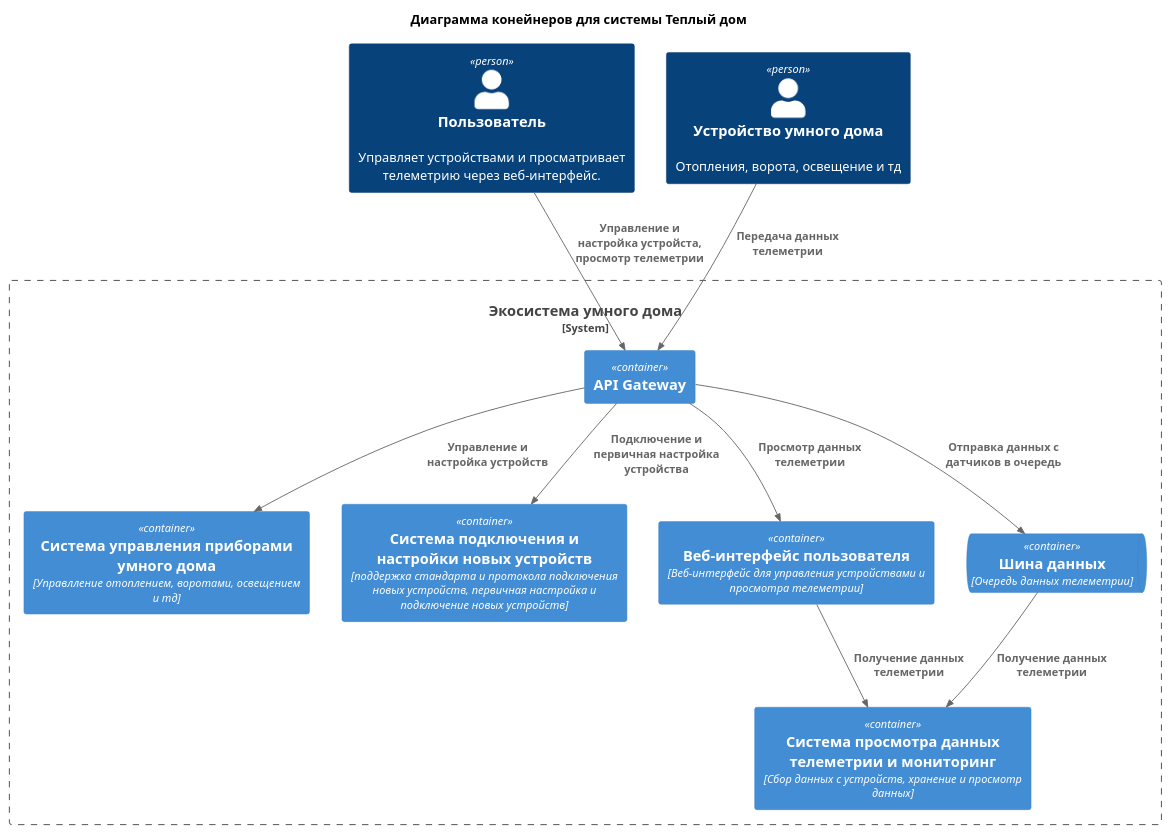
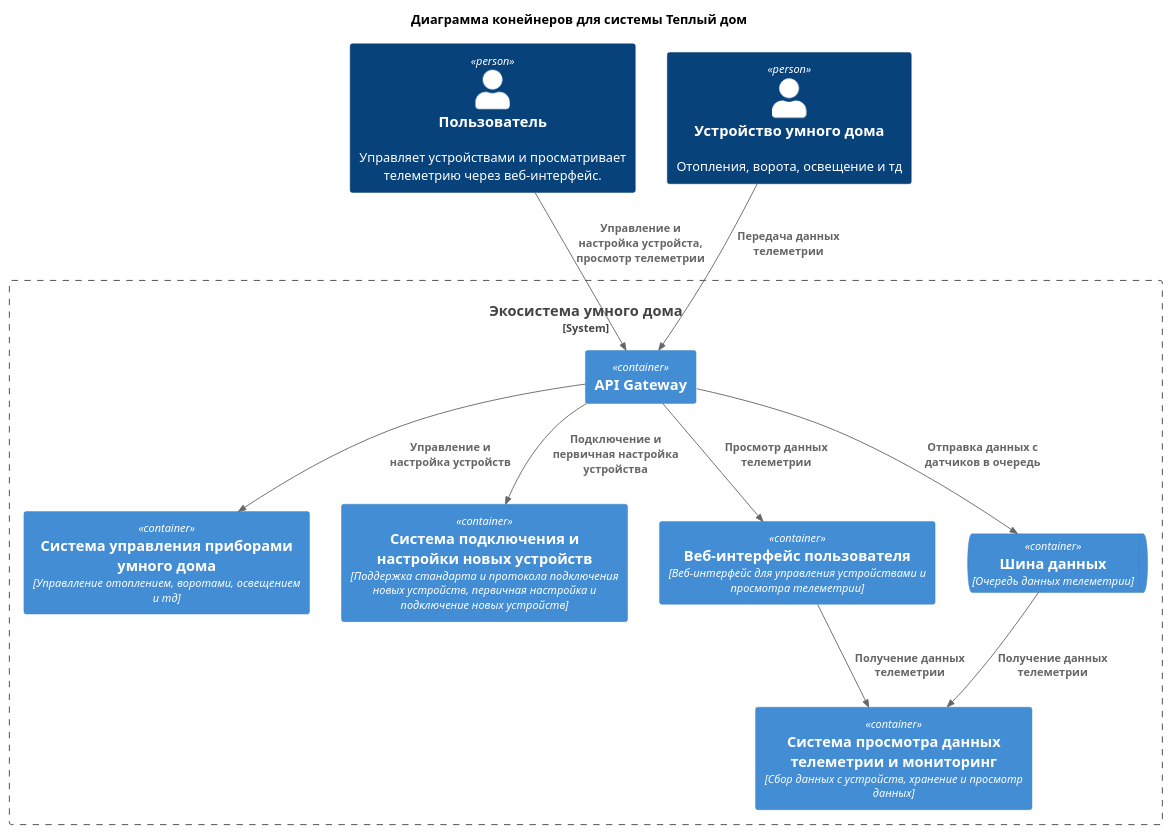
The diagram in diagrams/ms-container.puml (sadam-agashirinov/architecture-sprint-3), drawn with PlantUML before and after one commit. The commit also changed 3 other files, not shown here.

Commit message:
feat: Задание 2. Проектирование микросервисной архитектуры: диаграмма компонента Система подключения и настройки новых устройств

```diff
--- a/diagrams/ms-container.puml
+++ b/diagrams/ms-container.puml
@@ -1,30 +1,30 @@
 @startuml ms-container
 !include https://raw.githubusercontent.com/plantuml-stdlib/C4-PlantUML/master/C4_Container.puml
 
 skinparam wrapWidth 300
 
 
 title Диаграмма конейнеров для системы Теплый дом
 
 Person(user, "Пользователь", "Управляет устройствами и просматривает телеметрию через веб-интерфейс.")
 Person(device, "Устройство умного дома", "Отопления, ворота, освещение и тд")
 
 System_Boundary(ecosystem, "Экосистема умного дома") {
     Container(device_management, "Система управления приборами умного дома", "Управлление отоплением, воротами, освещением и тд")
     Container(monitoring_telemetry, "Система просмотра данных телеметрии и мониторинг", "Сбор данных с устройств, хранение и просмотр данных")
-    Container(parner_integration, "Система подключения и настройки новых устройств", "поддержка стандарта и протокола подключения новых устройств, первичная настройка и подключение новых устройств")
+    Container(parner_integration, "Система подключения и настройки новых устройств", "Поддержка стандарта и протокола подключения новых устройств, первичная настройка и подключение новых устройств")
     Container(user_interface, "Веб-интерфейс пользователя", "Веб-интерфейс для управления устройствами и просмотра телеметрии")
     Container(api_gateway, "API Gateway")
     ContainerQueue(kafka, "Шина данных", "Очередь данных телеметрии")
 }
 
 Rel(user, api_gateway, "Управление и настройка устройста, просмотр телеметрии")
 Rel(device, api_gateway, "Передача данных телеметрии")
 Rel(api_gateway, kafka, "Отправка данных с датчиков в очередь")
 Rel(kafka, monitoring_telemetry, "Получение данных телеметрии")
 Rel(api_gateway, device_management, "Управление и настройка устройств")
 Rel(api_gateway, user_interface, "Просмотр данных телеметрии")
 Rel(api_gateway, parner_integration, "Подключение и первичная настройка устройства")
 Rel(user_interface, monitoring_telemetry, "Получение данных телеметрии")
 
 @enduml
```
